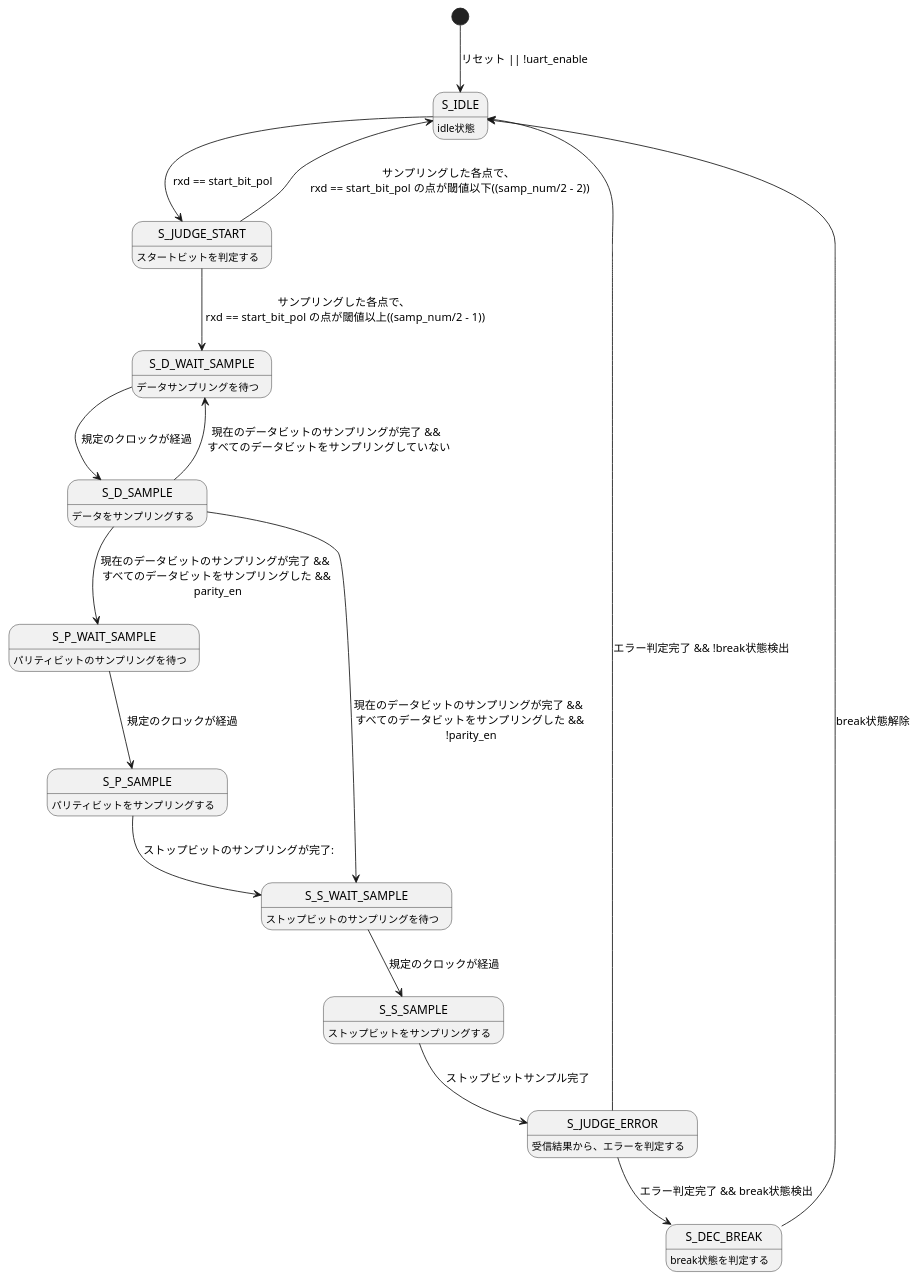
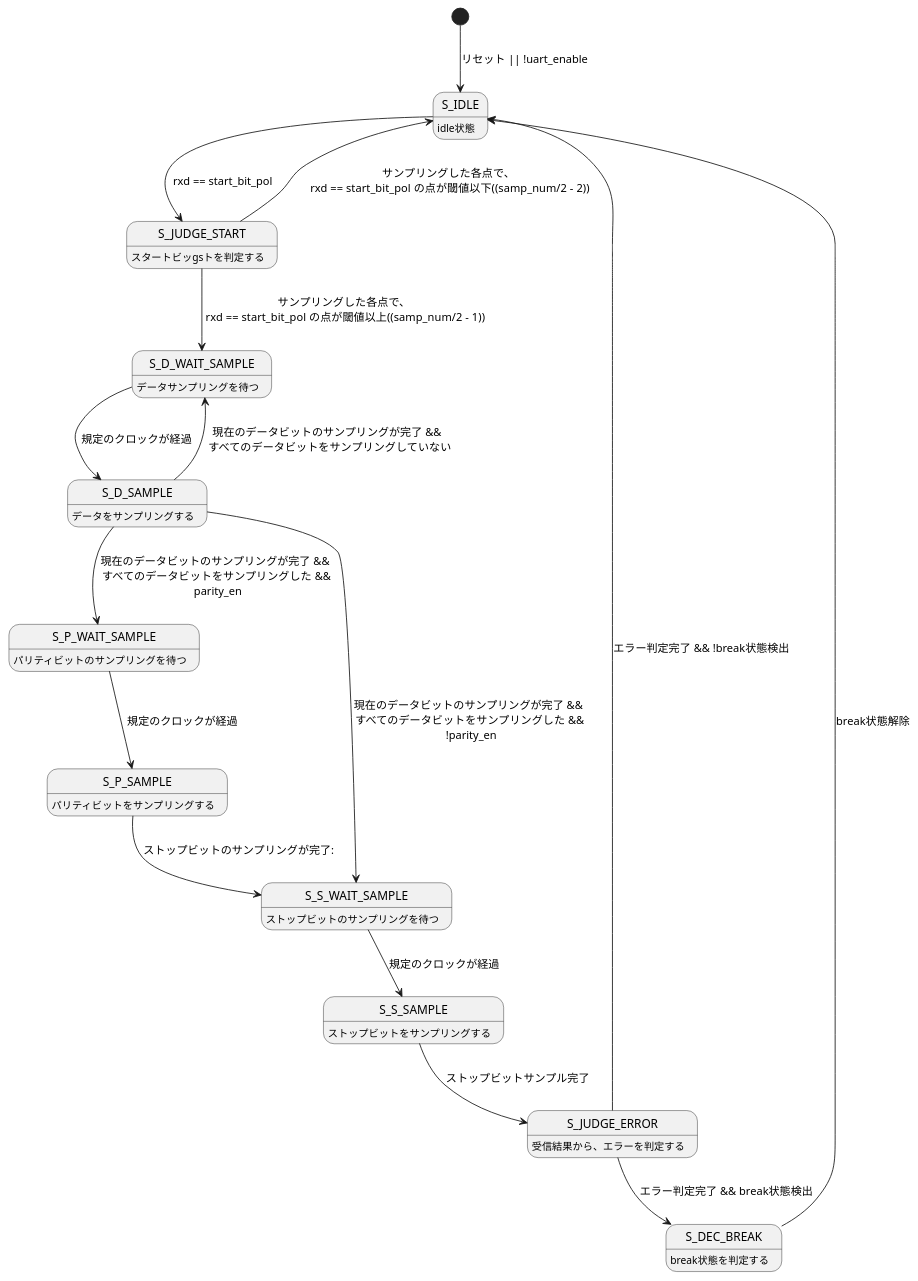
One commit to YKengo1224/rtl-ip-library changed the diagram in peripheral/uart/doc/figure/uart_rx_fsm.pu. Above: the diagram before and after it, drawn with PlantUML. The commit also changed 33 other files, not shown here.

```diff
--- a/peripheral/uart/doc/figure/uart_rx_fsm.pu
+++ b/peripheral/uart/doc/figure/uart_rx_fsm.pu
@@ -1,32 +1,32 @@
 @startuml
 hide empty description
 
 [*] --> S_IDLE : リセット || !uart_enable
 
 S_IDLE :idle状態
-S_JUDGE_START : スタートビットを判定する
+S_JUDGE_START : スタートビッgsトを判定する
 S_D_WAIT_SAMPLE : データサンプリングを待つ
 S_D_SAMPLE : データをサンプリングする
 S_P_WAIT_SAMPLE : パリティビットのサンプリングを待つ
 S_P_SAMPLE : パリティビットをサンプリングする
 S_S_WAIT_SAMPLE : ストップビットのサンプリングを待つ
 S_S_SAMPLE : ストップビットをサンプリングする
 S_JUDGE_ERROR : 受信結果から、エラーを判定する
 S_DEC_BREAK : break状態を判定する
 
 S_IDLE --> S_JUDGE_START : rxd == start_bit_pol
 S_JUDGE_START --> S_IDLE : サンプリングした各点で、\n rxd == start_bit_pol の点が閾値以下((samp_num/2  - 2))
 S_JUDGE_START --> S_D_WAIT_SAMPLE : サンプリングした各点で、\n rxd == start_bit_pol の点が閾値以上((samp_num/2  - 1))
 S_D_WAIT_SAMPLE --> S_D_SAMPLE : 規定のクロックが経過
 S_D_SAMPLE --> S_D_WAIT_SAMPLE : 現在のデータビットのサンプリングが完了 && \n すべてのデータビットをサンプリングしていない
 S_D_SAMPLE --> S_P_WAIT_SAMPLE : 現在のデータビットのサンプリングが完了 && \n すべてのデータビットをサンプリングした && \n parity_en
 S_D_SAMPLE --> S_S_WAIT_SAMPLE : 現在のデータビットのサンプリングが完了 && \n すべてのデータビットをサンプリングした && \n !parity_en
 S_P_WAIT_SAMPLE --> S_P_SAMPLE : 規定のクロックが経過
 S_P_SAMPLE --> S_S_WAIT_SAMPLE : ストップビットのサンプリングが完了:
 S_S_WAIT_SAMPLE --> S_S_SAMPLE : 規定のクロックが経過 
 S_S_SAMPLE --> S_JUDGE_ERROR : ストップビットサンプル完了
 S_JUDGE_ERROR --> S_DEC_BREAK : エラー判定完了 && break状態検出
 S_JUDGE_ERROR --> S_IDLE : エラー判定完了 && !break状態検出
 S_DEC_BREAK --> S_IDLE : break状態解除
 
 @enduml
```
